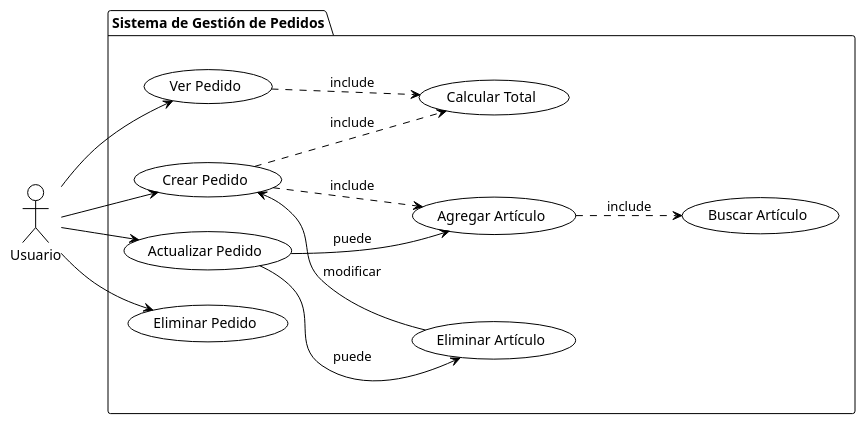
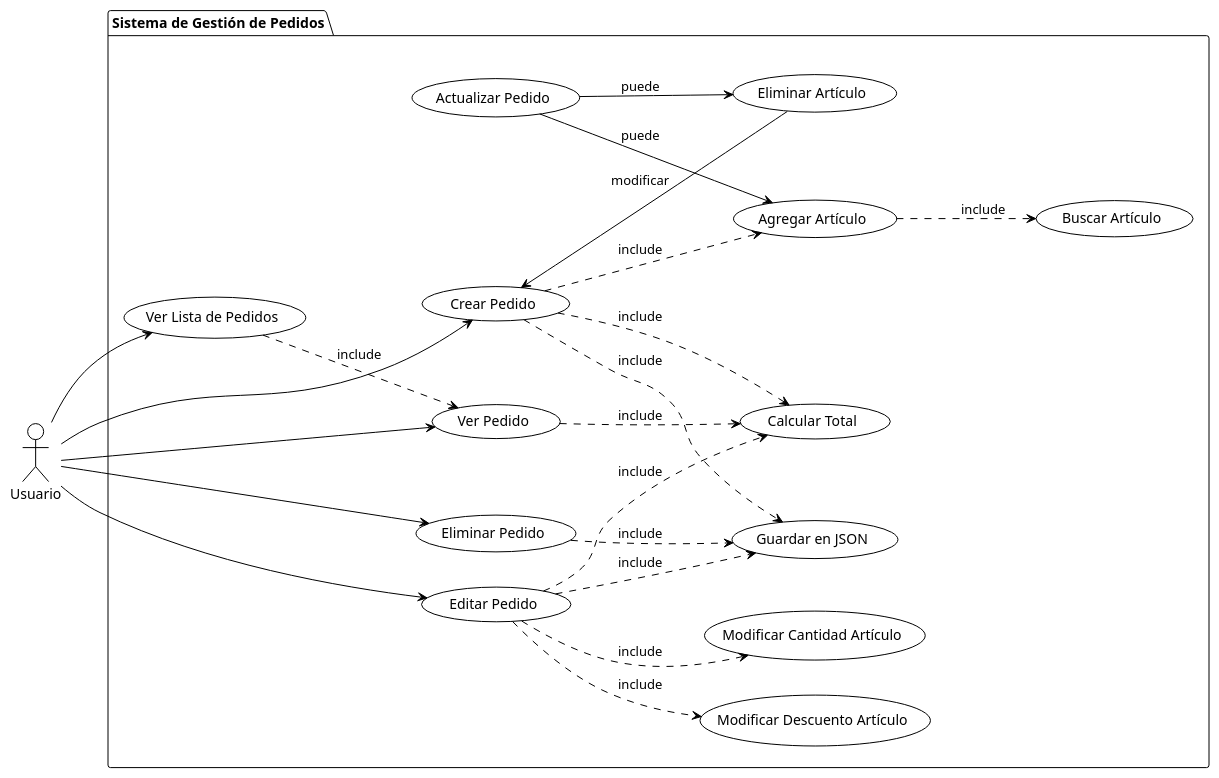
The diagram in src/main/resources/plantuml/diagramasDeCasos.puml (ginolevano/IngSotfwarePrueba), drawn with PlantUML before and after one commit. The commit also changed 20 other files, not shown here.

```diff
--- a/src/main/resources/plantuml/diagramasDeCasos.puml
+++ b/src/main/resources/plantuml/diagramasDeCasos.puml
@@ -1,32 +1,45 @@
-@startuml
+@startuml DiagramasCasos
 !theme plain
 
 left to right direction
 
 actor Usuario
 package "Sistema de Gestión de Pedidos" {
+    usecase "Ver Lista de Pedidos" as UC0
     usecase "Crear Pedido" as UC1
     usecase "Agregar Artículo" as UC2
     usecase "Eliminar Artículo" as UC3
     usecase "Ver Pedido" as UC4
     usecase "Buscar Artículo" as UC5
     usecase "Calcular Total" as UC6
     usecase "Actualizar Pedido" as UC7
     usecase "Eliminar Pedido" as UC8
+    usecase "Editar Pedido" as UC9
+    usecase "Modificar Cantidad Artículo" as UC10
+    usecase "Modificar Descuento Artículo" as UC11
+    usecase "Guardar en JSON" as UC12
 }
 
+Usuario --> UC0
 Usuario --> UC1
 Usuario --> UC4
-Usuario --> UC7
 Usuario --> UC8
+Usuario --> UC9
 
+UC0 .-> UC4 : include
 UC1 .-> UC2 : include
 UC1 .-> UC6 : include
+UC1 .-> UC12 : include
 UC2 .-> UC5 : include
 UC4 .-> UC6 : include
 UC7 --> UC2 : puede
 UC7 --> UC3 : puede
+UC8 .-> UC12 : include
+UC9 .-> UC10 : include
+UC9 .-> UC11 : include
+UC9 .-> UC6 : include
+UC9 .-> UC12 : include
 
 UC1 <-- UC3 : modificar
 
 @enduml
```
